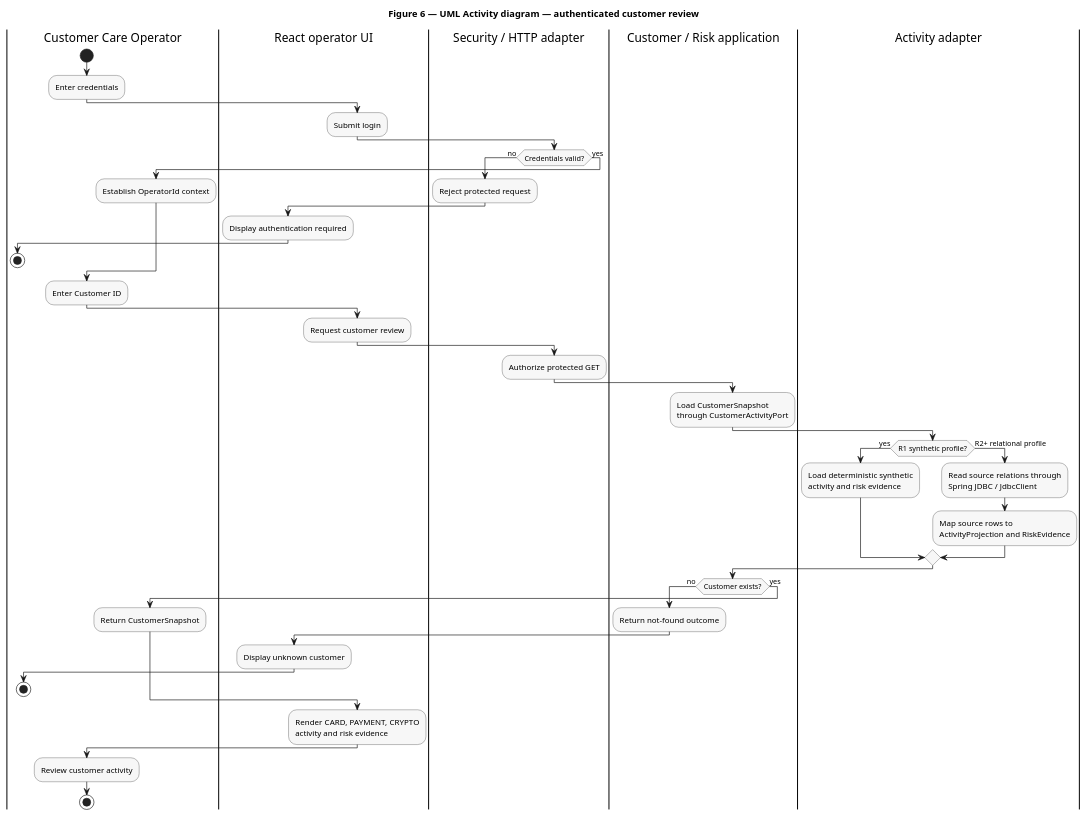
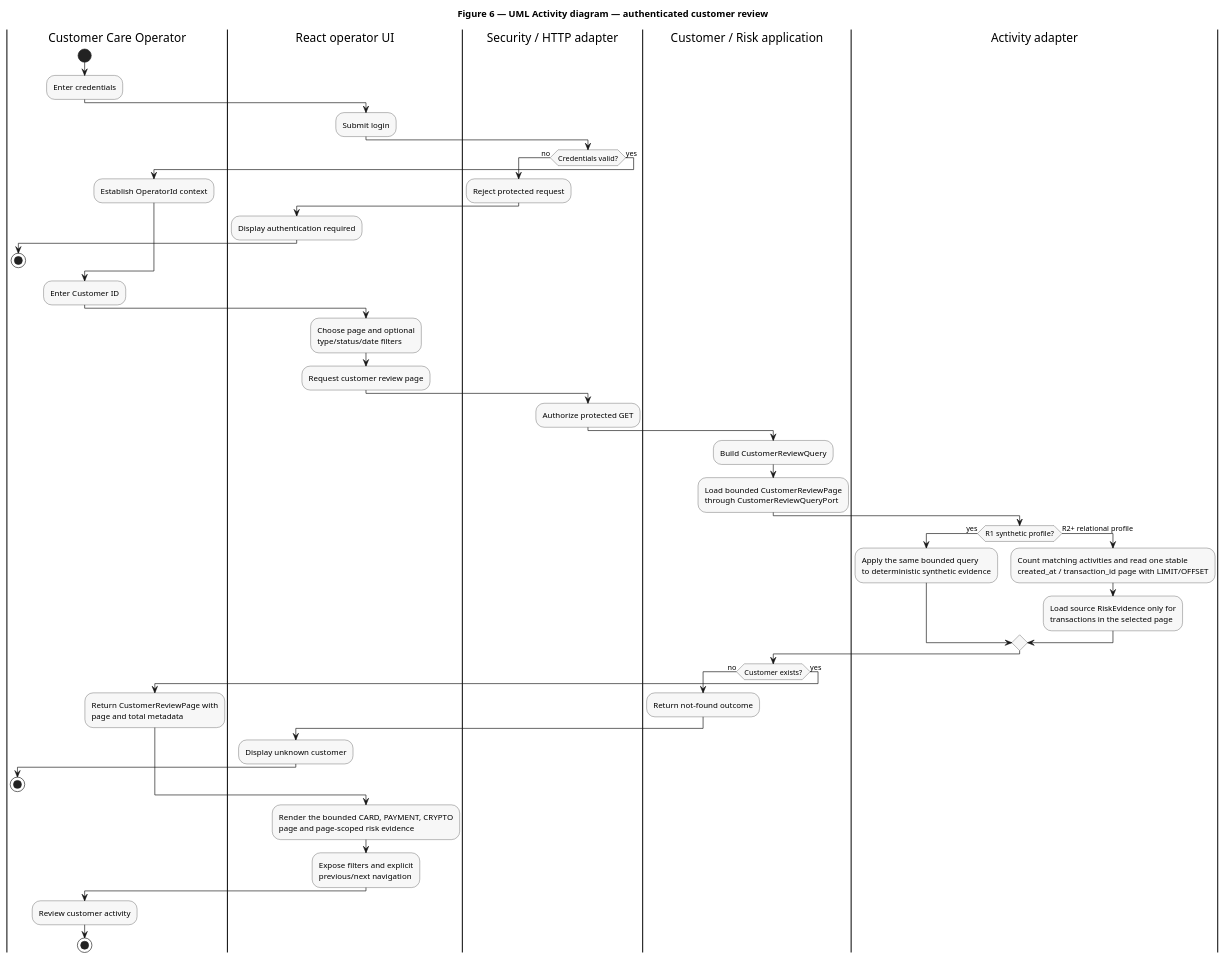
One commit to jdoe-dev-159753/specgraph-reference-app changed the diagram in docs/assignment/SDD/diagrams/activity-customer-review.puml. Above: the diagram before and after it, drawn with PlantUML. The commit also changed 3 other files, not shown here.

Commit message:
docs: align review diagrams with bounded query contracts

```diff
--- a/docs/assignment/SDD/diagrams/activity-customer-review.puml
+++ b/docs/assignment/SDD/diagrams/activity-customer-review.puml
@@ -1,64 +1,67 @@
 @startuml
 title Figure 6 — UML Activity diagram — authenticated customer review
 skinparam linetype polyline
 skinparam activity {
   BackgroundColor #F7F7F7
   BorderColor #333333
 }
 
 |Customer Care Operator|
 start
 :Enter credentials;
 
 |React operator UI|
 :Submit login;
 
 |Security / HTTP adapter|
 if (Credentials valid?) then (no)
   :Reject protected request;
   |React operator UI|
   :Display authentication required;
   |Customer Care Operator|
   stop
 else (yes)
   :Establish OperatorId context;
 endif
 
 |Customer Care Operator|
 :Enter Customer ID;
 
 |React operator UI|
-:Request customer review;
+:Choose page and optional\ntype/status/date filters;
+:Request customer review page;
 
 |Security / HTTP adapter|
 :Authorize protected GET;
 
 |Customer / Risk application|
-:Load CustomerSnapshot\nthrough CustomerActivityPort;
+:Build CustomerReviewQuery;
+:Load bounded CustomerReviewPage\nthrough CustomerReviewQueryPort;
 
 |Activity adapter|
 if (R1 synthetic profile?) then (yes)
-  :Load deterministic synthetic\nactivity and risk evidence;
+  :Apply the same bounded query\nto deterministic synthetic evidence;
 else (R2+ relational profile)
-  :Read source relations through\nSpring JDBC / JdbcClient;
-  :Map source rows to\nActivityProjection and RiskEvidence;
+  :Count matching activities and read one stable\ncreated_at / transaction_id page with LIMIT/OFFSET;
+  :Load source RiskEvidence only for\ntransactions in the selected page;
 endif
 
 |Customer / Risk application|
 if (Customer exists?) then (no)
   :Return not-found outcome;
   |React operator UI|
   :Display unknown customer;
   |Customer Care Operator|
   stop
 else (yes)
-  :Return CustomerSnapshot;
+  :Return CustomerReviewPage with\npage and total metadata;
 endif
 
 |React operator UI|
-:Render CARD, PAYMENT, CRYPTO\nactivity and risk evidence;
+:Render the bounded CARD, PAYMENT, CRYPTO\npage and page-scoped risk evidence;
+:Expose filters and explicit\nprevious/next navigation;
 
 |Customer Care Operator|
 :Review customer activity;
 stop
 @enduml
```
